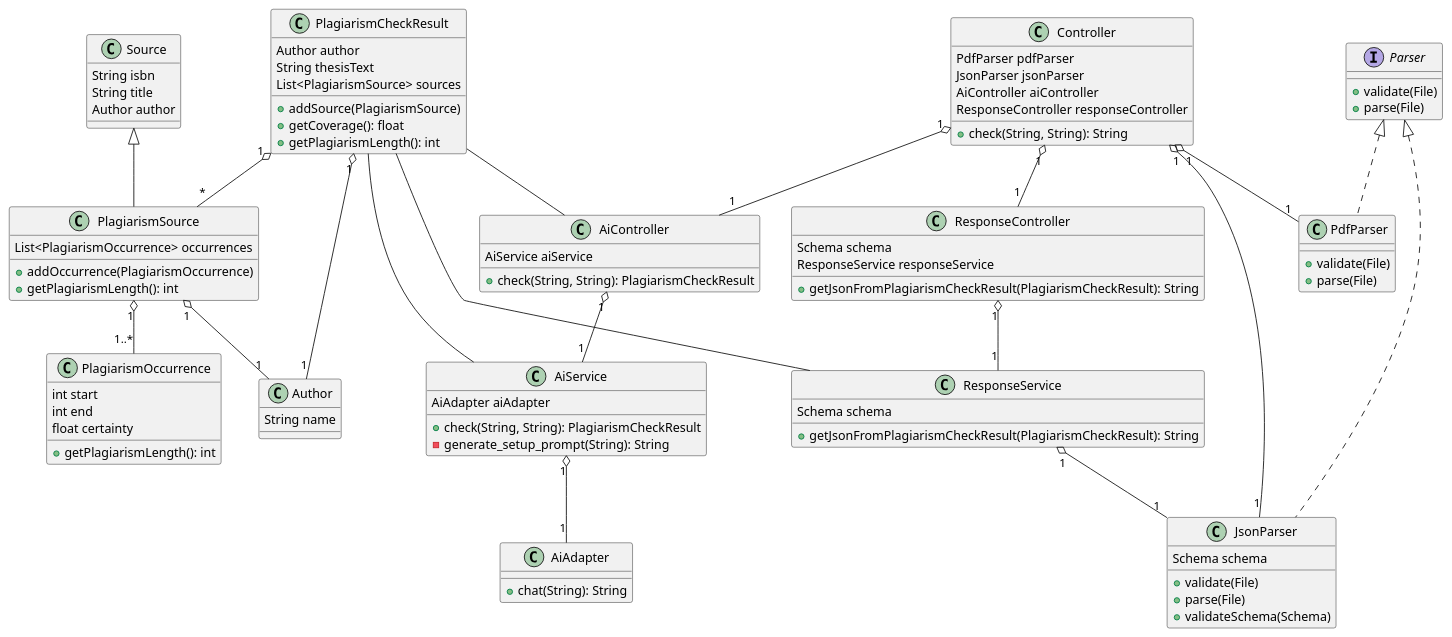
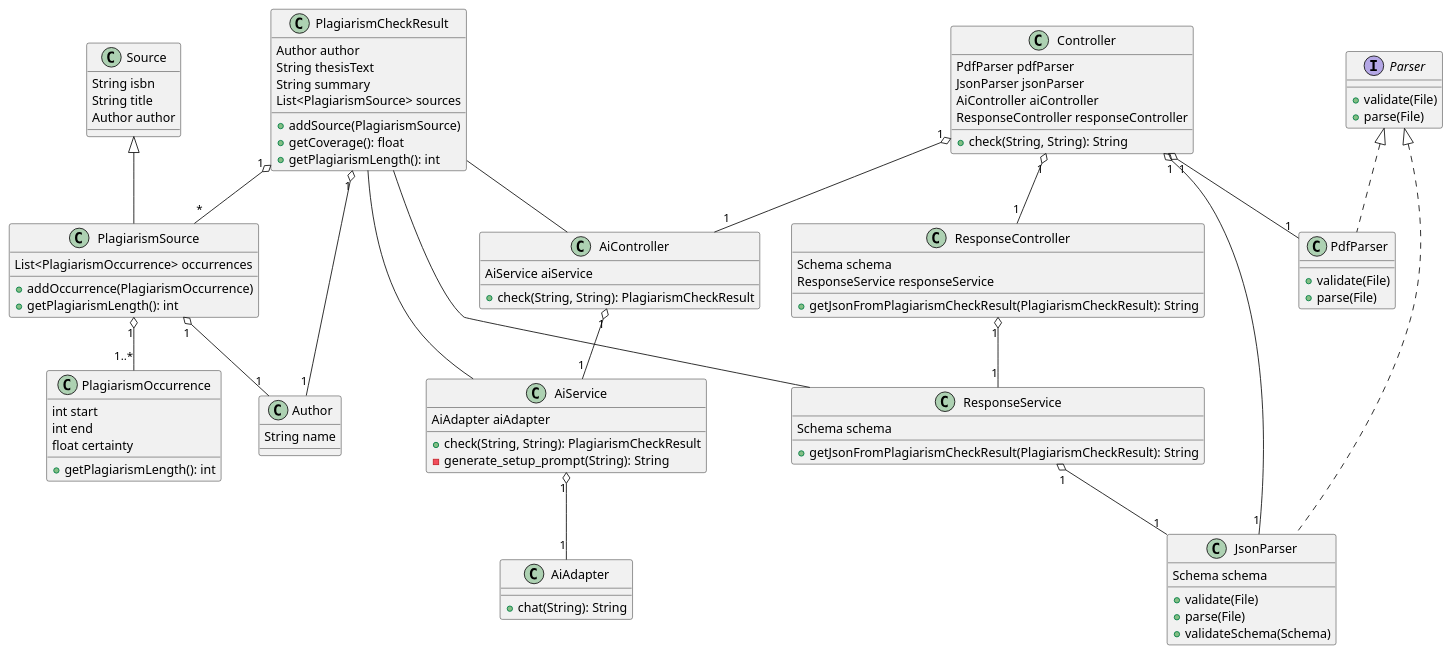
The diagram in diagrams/classes.puml (DHBW-FN/ti21-sweng2), drawn with PlantUML before and after one commit.

Commit message:
fix(klassendiagramm): Add summary to checkresult

```diff
--- a/diagrams/classes.puml
+++ b/diagrams/classes.puml
@@ -1,102 +1,103 @@
 @startuml Klassendiagramm
 class PlagiarismCheckResult {
     Author author
     String thesisText
+    String summary
     List<PlagiarismSource> sources
     +addSource(PlagiarismSource)
     +getCoverage(): float
     +getPlagiarismLength(): int
 }
 
 class PlagiarismSource extends Source {
     List<PlagiarismOccurrence> occurrences
     +addOccurrence(PlagiarismOccurrence)
     +getPlagiarismLength(): int
 }
 
 class PlagiarismOccurrence {
     int start
     int end
     float certainty
     +getPlagiarismLength(): int
 }
 
 class Author {
     String name
 }
 
 class Source {
     String isbn
     String title
     Author author
 }
 
 interface Parser {
     +validate(File)
     +parse(File)
 }
 
 class PdfParser implements Parser {
     +validate(File)
     +parse(File)
 }
 
 class JsonParser implements Parser {
     Schema schema
     +validate(File)
     +parse(File)
     +validateSchema(Schema)
 }
 
 class Controller {
     PdfParser pdfParser
     JsonParser jsonParser
     AiController aiController
     ResponseController responseController
     +check(String, String): String
 }
 
 class AiController {
     AiService aiService
     +check(String, String): PlagiarismCheckResult
 }
 
 class AiService {
     AiAdapter aiAdapter
     +check(String, String): PlagiarismCheckResult
     -generate_setup_prompt(String): String
 }
 
 class AiAdapter {
     +chat(String): String
 }
 
 class ResponseController {
     Schema schema
     ResponseService responseService
     +getJsonFromPlagiarismCheckResult(PlagiarismCheckResult): String
 }
 
 class ResponseService {
     Schema schema
     +getJsonFromPlagiarismCheckResult(PlagiarismCheckResult): String
 }
 
 Controller "1" o-- "1" PdfParser
 Controller "1" o-- "1" JsonParser
 Controller "1" o-- "1" AiController
 AiController "1" o-- "1" AiService
 AiService "1" o-- "1" AiAdapter
 Controller "1" o-- "1" ResponseController
 ResponseController "1" o-- "1" ResponseService
 ResponseService "1" o-- "1" JsonParser
 
 PlagiarismCheckResult -- AiController
 PlagiarismCheckResult -- AiService
 PlagiarismCheckResult -- ResponseService
 
 PlagiarismCheckResult "1" o-- "*" PlagiarismSource
 PlagiarismCheckResult "1" o-- "1" Author
 PlagiarismSource "1" o-- "1..*" PlagiarismOccurrence
 PlagiarismSource "1" o-- "1" Author
 @enduml
```
